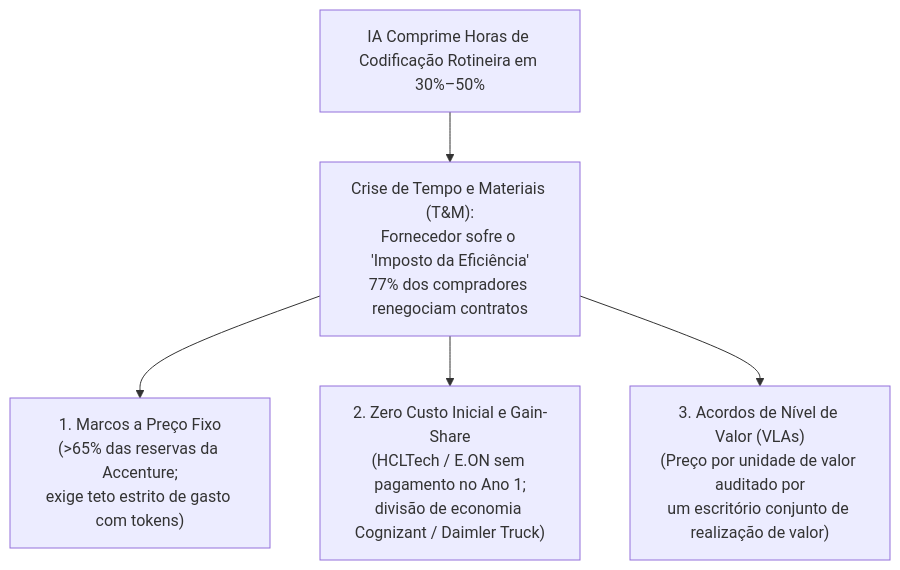
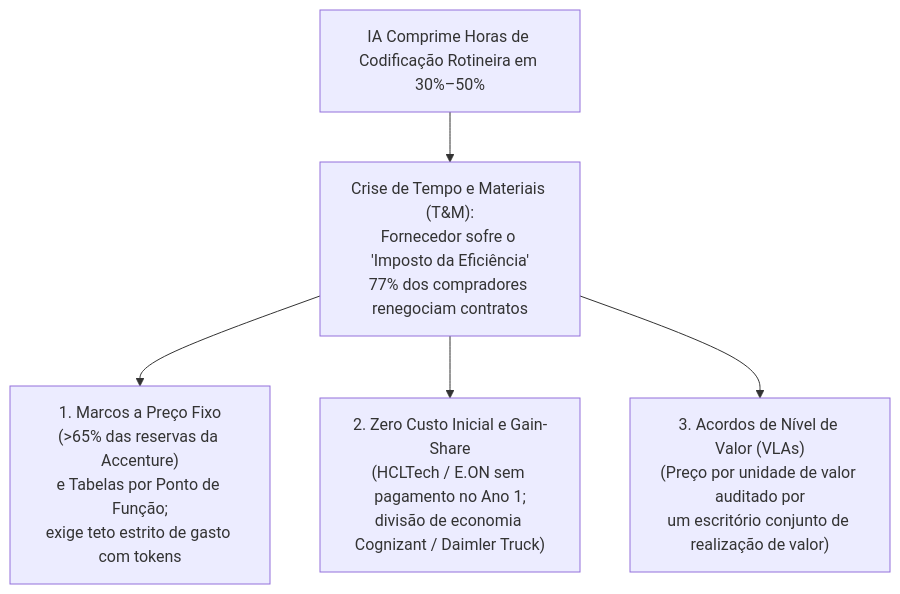
Before and after one commit to marcelomiyake/marcelomiyake.github.io: the second of 3 diagrams in _posts/2026-10-27-software-engineering-economics-ai-era-pt-br.markdown, drawn with Mermaid. The commit also changed other lines of this file and 1 other file, not shown here.

````diff
--- a/_posts/2026-10-27-software-engineering-economics-ai-era-pt-br.markdown
+++ b/_posts/2026-10-27-software-engineering-economics-ai-era-pt-br.markdown
@@ -90,9 +126,9 @@
 ```mermaid
 flowchart TD
     accTitle: Evolução dos modelos comerciais de software sob compressão de horas pela IA
-    accDescr: A IA reduz horas de codificação rotineira entre 30 e 50 por cento, gerando perda de receita no modelo de Tempo e Materiais e pedidos de desconto de 25 a 30 por cento. Fornecedores respondem migrando para marcos de Preço Fixo, contratos Gain-Share e Acordos de Nível de Valor indexados a KPIs.
+    accDescr: A IA reduz horas de codificação rotineira entre 30 e 50 por cento, gerando perda de receita no modelo de Tempo e Materiais e pedidos de desconto de 25 a 30 por cento. Fornecedores respondem migrando para marcos de Preço Fixo e tabelas por Ponto de Função, contratos Gain-Share e Acordos de Nível de Valor indexados a KPIs.
     Driver["IA Comprime Horas de Codificação Rotineira em 30%–50%"] --> TM["Crise de Tempo e Materiais (T&M):<br/>Fornecedor sofre o 'Imposto da Eficiência'<br/>77% dos compradores renegociam contratos"]
-    TM --> FP["1. Marcos a Preço Fixo<br/>(&gt;65% das reservas da Accenture;<br/>exige teto estrito de gasto com tokens)"]
+    TM --> FP["1. Marcos a Preço Fixo<br/>(&gt;65% das reservas da Accenture)<br/>e Tabelas por Ponto de Função;<br/>exige teto estrito de gasto com tokens"]
     TM --> GS["2. Zero Custo Inicial e Gain-Share<br/>(HCLTech / E.ON sem pagamento no Ano 1;<br/>divisão de economia Cognizant / Daimler Truck)"]
     TM --> VLA["3. Acordos de Nível de Valor (VLAs)<br/>(Preço por unidade de valor auditado por<br/>um escritório conjunto de realização de valor)"]
 ```
````
